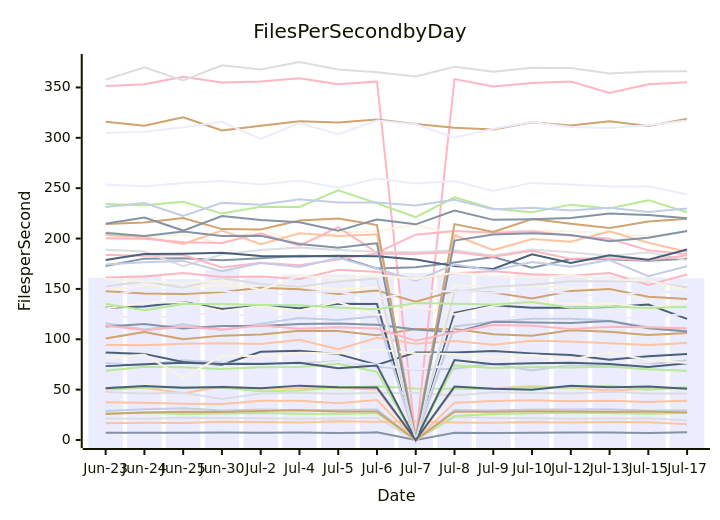
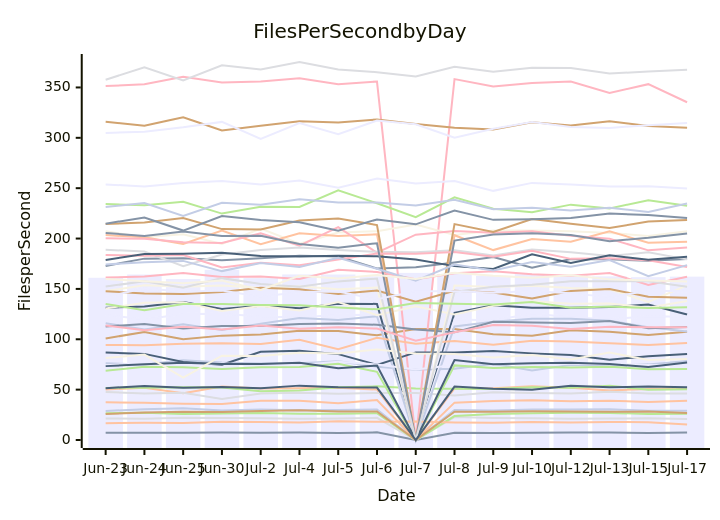
Before and after one commit to streetsidesoftware/cspell: the diagram in perf-report.md, drawn with Mermaid. The commit also changed other lines of this file and 1 other file, not shown here.

````diff
--- a/perf-report.md
+++ b/perf-report.md
@@ -10,57 +10,57 @@
 ```mermaid
 xychart-beta
     title Files Per Second by Day
     y-axis Files per Second
     x-axis Date [Jun-23, Jun-24, Jun-25, Jun-30, Jul-2, Jul-4, Jul-5, Jul-6, Jul-7, Jul-8, Jul-9, Jul-10, Jul-12, Jul-13, Jul-15, Jul-17]
-    bar [161.06, 164.28, 159.75, 168.95, 160.66, 164.38, 164.27, 162.48, 165.90, 164.83, 163.05, 164.68, 163.19, 162.43, 161.66, 160.43]
-    line [7.12, 7.22, 7.17, 7.37, 7.23, 7.36, 6.99, 7.61, 0.00, 7.24, 7.01, 7.27, 7.49, 7.49, 6.93, 7.64]
-    line [50.23, 51.87, 46.40, 53.06, 51.19, 51.40, 51.86, 50.10, 0.00, 51.21, 51.39, 53.37, 51.98, 49.24, 50.53, 51.56]
-    line [21.30, 21.15, 22.00, 21.90, 21.51, 21.13, 21.43, 22.00, 0.00, 22.72, 21.87, 21.57, 21.20, 21.36, 21.51, 19.34]
-    line [51.73, 51.82, 52.39, 52.00, 48.43, 49.22, 52.34, 53.26, 51.10, 50.86, 50.66, 52.36, 51.79, 53.82, 50.00, 52.60]
-    line [100.84, 107.27, 100.09, 103.62, 104.63, 108.43, 108.27, 103.96, 110.08, 110.20, 105.06, 103.60, 109.02, 107.38, 104.33, 106.11]
-    line [76.22, 74.88, 79.14, 76.99, 75.88, 76.09, 78.08, 72.78, 69.82, 70.79, 75.77, 69.10, 74.66, 73.66, 75.08, 79.08]
-    line [351.35, 353.13, 360.69, 354.83, 355.80, 359.03, 353.22, 355.88, 0.00, 358.26, 350.93, 354.34, 355.82, 344.62, 353.27, 355.21]
-    line [131.39, 132.60, 136.92, 129.95, 133.16, 130.87, 135.23, 135.13, 0.00, 126.22, 133.87, 131.35, 131.34, 131.95, 134.40, 120.26]
-    line [207.28, 201.26, 204.34, 194.65, 210.00, 194.85, 205.89, 207.36, 213.92, 203.52, 207.94, 208.03, 207.20, 205.62, 202.63, 206.72]
-    line [124.29, 119.55, 125.16, 125.39, 122.70, 121.73, 124.30, 123.97, 0.00, 119.80, 118.70, 125.49, 121.97, 119.76, 122.93, 124.96]
-    line [172.84, 180.05, 180.38, 178.52, 180.47, 182.90, 182.10, 170.31, 171.39, 176.15, 181.65, 170.98, 179.72, 179.37, 178.07, 179.91]
-    line [203.46, 201.26, 194.60, 207.89, 194.40, 205.29, 202.49, 204.26, 0.00, 203.31, 188.55, 199.47, 196.87, 207.15, 195.83, 186.88]
+    bar [161.06, 164.28, 159.75, 168.95, 160.66, 164.38, 164.27, 162.48, 165.90, 164.83, 163.05, 164.68, 163.19, 162.43, 161.66, 162.20]
+    line [7.12, 7.22, 7.17, 7.37, 7.23, 7.36, 6.99, 7.61, 0.00, 7.24, 7.01, 7.27, 7.49, 7.49, 6.93, 7.52]
+    line [50.23, 51.87, 46.40, 53.06, 51.19, 51.40, 51.86, 50.10, 0.00, 51.21, 51.39, 53.37, 51.98, 49.24, 50.53, 51.76]
+    line [21.30, 21.15, 22.00, 21.90, 21.51, 21.13, 21.43, 22.00, 0.00, 22.72, 21.87, 21.57, 21.20, 21.36, 21.51, 20.73]
+    line [51.73, 51.82, 52.39, 52.00, 48.43, 49.22, 52.34, 53.26, 51.10, 50.86, 50.66, 52.36, 51.79, 53.82, 50.00, 50.47]
+    line [100.84, 107.27, 100.09, 103.62, 104.63, 108.43, 108.27, 103.96, 110.08, 110.20, 105.06, 103.60, 109.02, 107.38, 104.33, 107.47]
+    line [76.22, 74.88, 79.14, 76.99, 75.88, 76.09, 78.08, 72.78, 69.82, 70.79, 75.77, 69.10, 74.66, 73.66, 75.08, 78.46]
+    line [351.35, 353.13, 360.69, 354.83, 355.80, 359.03, 353.22, 355.88, 0.00, 358.26, 350.93, 354.34, 355.82, 344.62, 353.27, 335.33]
+    line [131.39, 132.60, 136.92, 129.95, 133.16, 130.87, 135.23, 135.13, 0.00, 126.22, 133.87, 131.35, 131.34, 131.95, 134.40, 124.56]
+    line [207.28, 201.26, 204.34, 194.65, 210.00, 194.85, 205.89, 207.36, 213.92, 203.52, 207.94, 208.03, 207.20, 205.62, 202.63, 207.17]
+    line [124.29, 119.55, 125.16, 125.39, 122.70, 121.73, 124.30, 123.97, 0.00, 119.80, 118.70, 125.49, 121.97, 119.76, 122.93, 122.40]
+    line [172.84, 180.05, 180.38, 178.52, 180.47, 182.90, 182.10, 170.31, 171.39, 176.15, 181.65, 170.98, 179.72, 179.37, 178.07, 179.57]
+    line [203.46, 201.26, 194.60, 207.89, 194.40, 205.29, 202.49, 204.26, 0.00, 203.31, 188.55, 199.47, 196.87, 207.15, 195.83, 196.85]
     line [47.61, 46.18, 46.86, 40.79, 46.17, 47.03, 45.86, 46.70, 46.74, 44.23, 47.36, 46.58, 46.27, 47.99, 46.18, 46.11]
-    line [26.60, 26.95, 25.71, 26.35, 26.84, 26.11, 26.06, 26.52, 0.00, 23.76, 25.86, 26.61, 27.13, 26.83, 25.90, 26.96]
-    line [316.02, 312.10, 320.45, 307.34, 312.08, 316.35, 315.20, 318.22, 313.66, 310.11, 308.24, 315.35, 312.26, 316.54, 311.74, 318.83]
-    line [116.01, 109.65, 114.81, 109.29, 115.47, 121.09, 119.06, 122.86, 0.00, 112.77, 117.49, 120.30, 120.41, 118.48, 111.84, 108.27]
-    line [200.19, 199.73, 196.39, 195.67, 205.11, 192.90, 211.35, 185.93, 203.88, 207.58, 205.87, 207.35, 202.66, 199.84, 188.27, 184.46]
-    line [86.88, 85.49, 77.34, 74.76, 87.51, 88.59, 85.26, 74.62, 86.95, 86.80, 88.24, 86.00, 84.39, 79.74, 83.17, 85.46]
-    line [130.59, 136.24, 136.67, 127.99, 132.91, 128.52, 136.97, 123.97, 132.77, 124.67, 133.15, 137.66, 135.26, 135.39, 131.25, 137.24]
-    line [74.26, 76.13, 73.45, 76.23, 74.07, 74.35, 77.62, 75.07, 70.03, 74.46, 78.13, 73.01, 75.98, 75.26, 74.39, 69.83]
-    line [112.71, 115.12, 110.67, 113.20, 113.18, 115.07, 115.63, 114.45, 109.79, 106.87, 117.37, 116.66, 116.21, 118.14, 111.02, 107.79]
-    line [94.35, 94.02, 95.44, 96.15, 95.34, 99.55, 90.07, 101.41, 95.54, 98.21, 94.52, 98.50, 97.78, 96.17, 94.33, 96.29]
-    line [188.80, 187.17, 172.53, 184.06, 188.67, 191.18, 188.53, 186.82, 186.30, 188.38, 183.25, 189.14, 186.31, 182.67, 186.39, 178.55]
-    line [234.34, 233.01, 236.58, 224.78, 231.59, 231.28, 247.94, 235.03, 221.17, 240.95, 229.51, 226.18, 233.66, 229.73, 238.10, 226.04]
-    line [214.37, 216.02, 220.47, 209.37, 208.94, 217.94, 219.88, 213.33, 0.00, 214.36, 206.61, 219.33, 214.62, 210.58, 216.81, 219.61]
-    line [28.80, 30.64, 31.41, 29.25, 30.37, 29.62, 29.89, 30.35, 0.00, 29.68, 29.34, 30.24, 30.35, 30.53, 29.15, 29.44]
-    line [183.71, 182.95, 183.62, 171.28, 176.05, 173.54, 179.14, 185.15, 184.99, 186.71, 181.92, 187.82, 179.82, 180.43, 178.37, 183.15]
-    line [178.80, 184.67, 184.84, 185.79, 182.56, 182.17, 182.82, 182.50, 179.12, 172.62, 169.88, 184.28, 175.71, 183.39, 178.90, 189.05]
-    line [147.83, 153.51, 152.15, 153.26, 150.82, 152.56, 149.61, 151.37, 0.00, 153.34, 151.79, 153.10, 150.91, 149.71, 136.98, 155.24]
-    line [304.83, 306.07, 310.41, 315.81, 298.93, 314.56, 303.69, 317.11, 313.48, 300.01, 308.91, 315.76, 310.85, 309.84, 312.53, 317.13]
-    line [214.79, 220.92, 207.92, 222.39, 218.49, 216.06, 207.77, 218.95, 214.11, 227.80, 218.56, 219.23, 220.42, 224.78, 223.29, 220.10]
-    line [16.59, 17.11, 17.00, 18.16, 17.94, 17.30, 18.64, 18.07, 18.36, 17.45, 17.16, 17.77, 17.48, 17.96, 17.52, 15.56]
-    line [357.60, 370.08, 357.07, 371.96, 367.90, 375.27, 367.85, 365.20, 360.83, 370.59, 365.59, 369.56, 369.35, 363.79, 365.85, 365.99]
-    line [68.82, 72.77, 72.13, 70.38, 72.17, 72.40, 75.76, 67.72, 0.00, 74.05, 71.58, 72.37, 72.08, 72.80, 70.30, 68.79]
-    line [147.78, 145.47, 144.87, 146.87, 151.06, 149.73, 144.88, 148.36, 137.35, 148.23, 146.43, 140.41, 147.84, 149.86, 142.29, 140.07]
-    line [231.36, 235.26, 222.40, 235.59, 233.45, 238.97, 235.75, 235.89, 232.86, 238.48, 229.00, 230.57, 227.85, 230.59, 226.26, 229.89]
-    line [161.29, 162.24, 165.87, 161.72, 162.26, 159.82, 169.05, 166.75, 159.60, 165.64, 167.61, 164.48, 163.07, 165.84, 153.93, 164.22]
-    line [73.34, 75.14, 76.59, 75.51, 75.45, 76.79, 71.21, 73.99, 0.00, 79.33, 75.23, 76.27, 76.63, 75.41, 72.48, 76.30]
-    line [81.29, 84.76, 61.88, 83.73, 83.48, 86.69, 85.83, 89.91, 85.92, 85.41, 81.93, 84.31, 79.99, 86.85, 79.35, 76.46]
-    line [253.77, 251.67, 255.05, 257.07, 253.64, 257.67, 250.47, 259.54, 254.67, 257.07, 247.35, 255.25, 253.55, 251.59, 252.00, 243.74]
-    line [205.60, 202.43, 207.02, 202.54, 202.72, 194.67, 190.86, 195.33, 0.00, 197.97, 203.94, 205.22, 203.61, 197.40, 200.74, 207.51]
-    line [37.48, 36.99, 36.10, 35.86, 38.94, 38.99, 36.38, 39.71, 0.00, 37.09, 38.73, 39.43, 38.35, 38.90, 37.77, 38.98]
-    line [152.29, 157.67, 151.07, 160.69, 154.94, 152.23, 157.47, 160.32, 0.00, 147.14, 152.12, 154.25, 157.55, 157.57, 157.54, 151.37]
-    line [135.01, 128.78, 135.00, 135.05, 134.05, 133.73, 131.56, 129.78, 136.12, 135.18, 134.44, 136.88, 131.27, 132.43, 131.04, 132.39]
-    line [25.82, 27.29, 28.03, 27.82, 28.74, 29.48, 28.36, 28.34, 0.00, 27.98, 28.10, 28.43, 28.38, 28.02, 28.20, 27.29]
-    line [174.24, 176.57, 177.80, 167.68, 175.75, 171.75, 180.95, 169.97, 158.13, 174.21, 168.28, 176.77, 172.02, 178.72, 162.59, 172.50]
-    line [113.71, 108.86, 112.34, 109.73, 113.68, 110.37, 111.97, 110.64, 98.54, 106.95, 114.12, 113.53, 110.15, 112.38, 111.90, 110.97]
-    line [51.44, 53.68, 51.84, 52.69, 51.50, 53.98, 52.25, 52.09, 0.00, 53.03, 50.88, 50.01, 53.83, 52.41, 53.08, 50.80]
-    line [159.81, 157.56, 155.70, 158.25, 148.90, 163.02, 160.27, 163.84, 159.78, 166.09, 162.99, 161.12, 163.50, 159.47, 158.31, 148.77]
-    line [141.81, 150.65, 147.20, 148.34, 142.33, 146.88, 147.38, 139.67, 147.57, 147.61, 146.15, 148.02, 145.81, 141.78, 148.18, 146.74]
+    line [26.60, 26.95, 25.71, 26.35, 26.84, 26.11, 26.06, 26.52, 0.00, 23.76, 25.86, 26.61, 27.13, 26.83, 25.90, 26.14]
+    line [316.02, 312.10, 320.45, 307.34, 312.08, 316.35, 315.20, 318.22, 313.66, 310.11, 308.24, 315.35, 312.26, 316.54, 311.74, 309.94]
+    line [116.01, 109.65, 114.81, 109.29, 115.47, 121.09, 119.06, 122.86, 0.00, 112.77, 117.49, 120.30, 120.41, 118.48, 111.84, 107.64]
+    line [200.19, 199.73, 196.39, 195.67, 205.11, 192.90, 211.35, 185.93, 203.88, 207.58, 205.87, 207.35, 202.66, 199.84, 188.27, 191.14]
+    line [86.88, 85.49, 77.34, 74.76, 87.51, 88.59, 85.26, 74.62, 86.95, 86.80, 88.24, 86.00, 84.39, 79.74, 83.17, 85.29]
+    line [130.59, 136.24, 136.67, 127.99, 132.91, 128.52, 136.97, 123.97, 132.77, 124.67, 133.15, 137.66, 135.26, 135.39, 131.25, 138.00]
+    line [74.26, 76.13, 73.45, 76.23, 74.07, 74.35, 77.62, 75.07, 70.03, 74.46, 78.13, 73.01, 75.98, 75.26, 74.39, 73.65]
+    line [112.71, 115.12, 110.67, 113.20, 113.18, 115.07, 115.63, 114.45, 109.79, 106.87, 117.37, 116.66, 116.21, 118.14, 111.02, 112.24]
+    line [94.35, 94.02, 95.44, 96.15, 95.34, 99.55, 90.07, 101.41, 95.54, 98.21, 94.52, 98.50, 97.78, 96.17, 94.33, 96.25]
+    line [188.80, 187.17, 172.53, 184.06, 188.67, 191.18, 188.53, 186.82, 186.30, 188.38, 183.25, 189.14, 186.31, 182.67, 186.39, 179.33]
+    line [234.34, 233.01, 236.58, 224.78, 231.59, 231.28, 247.94, 235.03, 221.17, 240.95, 229.51, 226.18, 233.66, 229.73, 238.10, 232.54]
+    line [214.37, 216.02, 220.47, 209.37, 208.94, 217.94, 219.88, 213.33, 0.00, 214.36, 206.61, 219.33, 214.62, 210.58, 216.81, 218.49]
+    line [28.80, 30.64, 31.41, 29.25, 30.37, 29.62, 29.89, 30.35, 0.00, 29.68, 29.34, 30.24, 30.35, 30.53, 29.15, 29.10]
+    line [183.71, 182.95, 183.62, 171.28, 176.05, 173.54, 179.14, 185.15, 184.99, 186.71, 181.92, 187.82, 179.82, 180.43, 178.37, 171.84]
+    line [178.80, 184.67, 184.84, 185.79, 182.56, 182.17, 182.82, 182.50, 179.12, 172.62, 169.88, 184.28, 175.71, 183.39, 178.90, 181.99]
+    line [147.83, 153.51, 152.15, 153.26, 150.82, 152.56, 149.61, 151.37, 0.00, 153.34, 151.79, 153.10, 150.91, 149.71, 136.98, 153.52]
+    line [304.83, 306.07, 310.41, 315.81, 298.93, 314.56, 303.69, 317.11, 313.48, 300.01, 308.91, 315.76, 310.85, 309.84, 312.53, 314.79]
+    line [214.79, 220.92, 207.92, 222.39, 218.49, 216.06, 207.77, 218.95, 214.11, 227.80, 218.56, 219.23, 220.42, 224.78, 223.29, 220.45]
+    line [16.59, 17.11, 17.00, 18.16, 17.94, 17.30, 18.64, 18.07, 18.36, 17.45, 17.16, 17.77, 17.48, 17.96, 17.52, 15.50]
+    line [357.60, 370.08, 357.07, 371.96, 367.90, 375.27, 367.85, 365.20, 360.83, 370.59, 365.59, 369.56, 369.35, 363.79, 365.85, 367.53]
+    line [68.82, 72.77, 72.13, 70.38, 72.17, 72.40, 75.76, 67.72, 0.00, 74.05, 71.58, 72.37, 72.08, 72.80, 70.30, 70.49]
+    line [147.78, 145.47, 144.87, 146.87, 151.06, 149.73, 144.88, 148.36, 137.35, 148.23, 146.43, 140.41, 147.84, 149.86, 142.29, 141.15]
+    line [231.36, 235.26, 222.40, 235.59, 233.45, 238.97, 235.75, 235.89, 232.86, 238.48, 229.00, 230.57, 227.85, 230.59, 226.26, 234.79]
+    line [161.29, 162.24, 165.87, 161.72, 162.26, 159.82, 169.05, 166.75, 159.60, 165.64, 167.61, 164.48, 163.07, 165.84, 153.93, 162.11]
+    line [73.34, 75.14, 76.59, 75.51, 75.45, 76.79, 71.21, 73.99, 0.00, 79.33, 75.23, 76.27, 76.63, 75.41, 72.48, 76.99]
+    line [81.29, 84.76, 61.88, 83.73, 83.48, 86.69, 85.83, 89.91, 85.92, 85.41, 81.93, 84.31, 79.99, 86.85, 79.35, 80.33]
+    line [253.77, 251.67, 255.05, 257.07, 253.64, 257.67, 250.47, 259.54, 254.67, 257.07, 247.35, 255.25, 253.55, 251.59, 252.00, 249.57]
+    line [205.60, 202.43, 207.02, 202.54, 202.72, 194.67, 190.86, 195.33, 0.00, 197.97, 203.94, 205.22, 203.61, 197.40, 200.74, 204.98]
+    line [37.48, 36.99, 36.10, 35.86, 38.94, 38.99, 36.38, 39.71, 0.00, 37.09, 38.73, 39.43, 38.35, 38.90, 37.77, 39.05]
+    line [152.29, 157.67, 151.07, 160.69, 154.94, 152.23, 157.47, 160.32, 0.00, 147.14, 152.12, 154.25, 157.55, 157.57, 157.54, 152.16]
+    line [135.01, 128.78, 135.00, 135.05, 134.05, 133.73, 131.56, 129.78, 136.12, 135.18, 134.44, 136.88, 131.27, 132.43, 131.04, 131.68]
+    line [25.82, 27.29, 28.03, 27.82, 28.74, 29.48, 28.36, 28.34, 0.00, 27.98, 28.10, 28.43, 28.38, 28.02, 28.20, 26.80]
+    line [174.24, 176.57, 177.80, 167.68, 175.75, 171.75, 180.95, 169.97, 158.13, 174.21, 168.28, 176.77, 172.02, 178.72, 162.59, 173.58]
+    line [113.71, 108.86, 112.34, 109.73, 113.68, 110.37, 111.97, 110.64, 98.54, 106.95, 114.12, 113.53, 110.15, 112.38, 111.90, 111.91]
+    line [51.44, 53.68, 51.84, 52.69, 51.50, 53.98, 52.25, 52.09, 0.00, 53.03, 50.88, 50.01, 53.83, 52.41, 53.08, 52.32]
+    line [159.81, 157.56, 155.70, 158.25, 148.90, 163.02, 160.27, 163.84, 159.78, 166.09, 162.99, 161.12, 163.50, 159.47, 158.31, 157.32]
+    line [141.81, 150.65, 147.20, 148.34, 142.33, 146.88, 147.38, 139.67, 147.57, 147.61, 146.15, 148.02, 145.81, 141.78, 148.18, 147.70]
 ```
````
